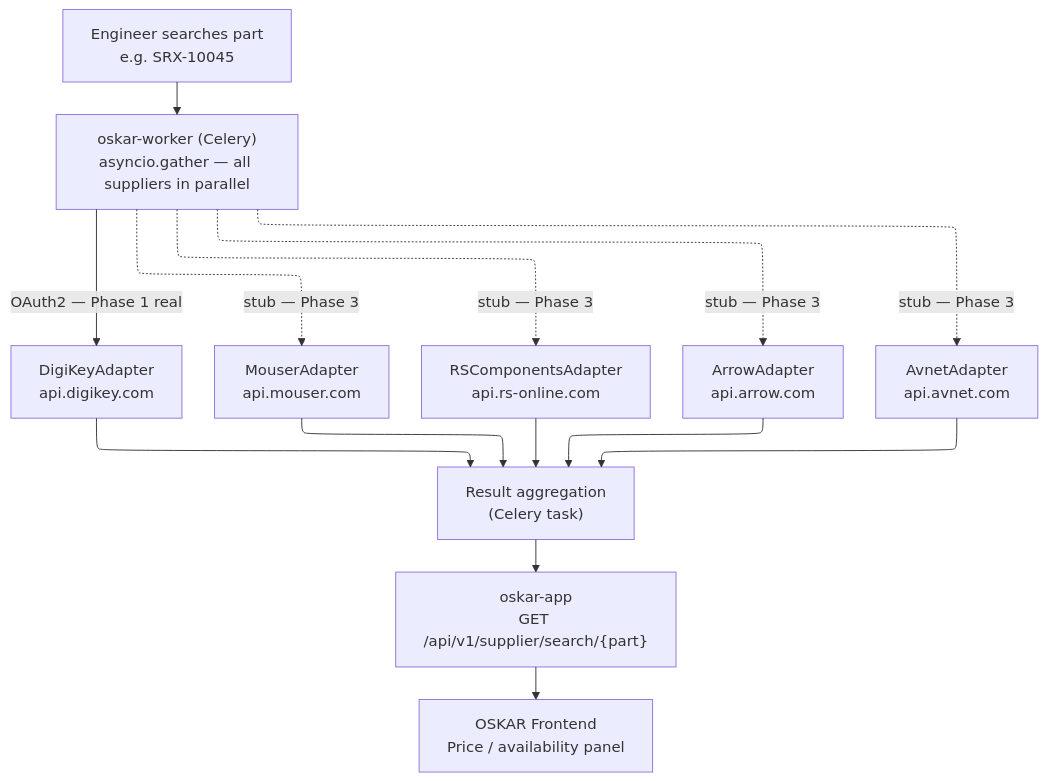
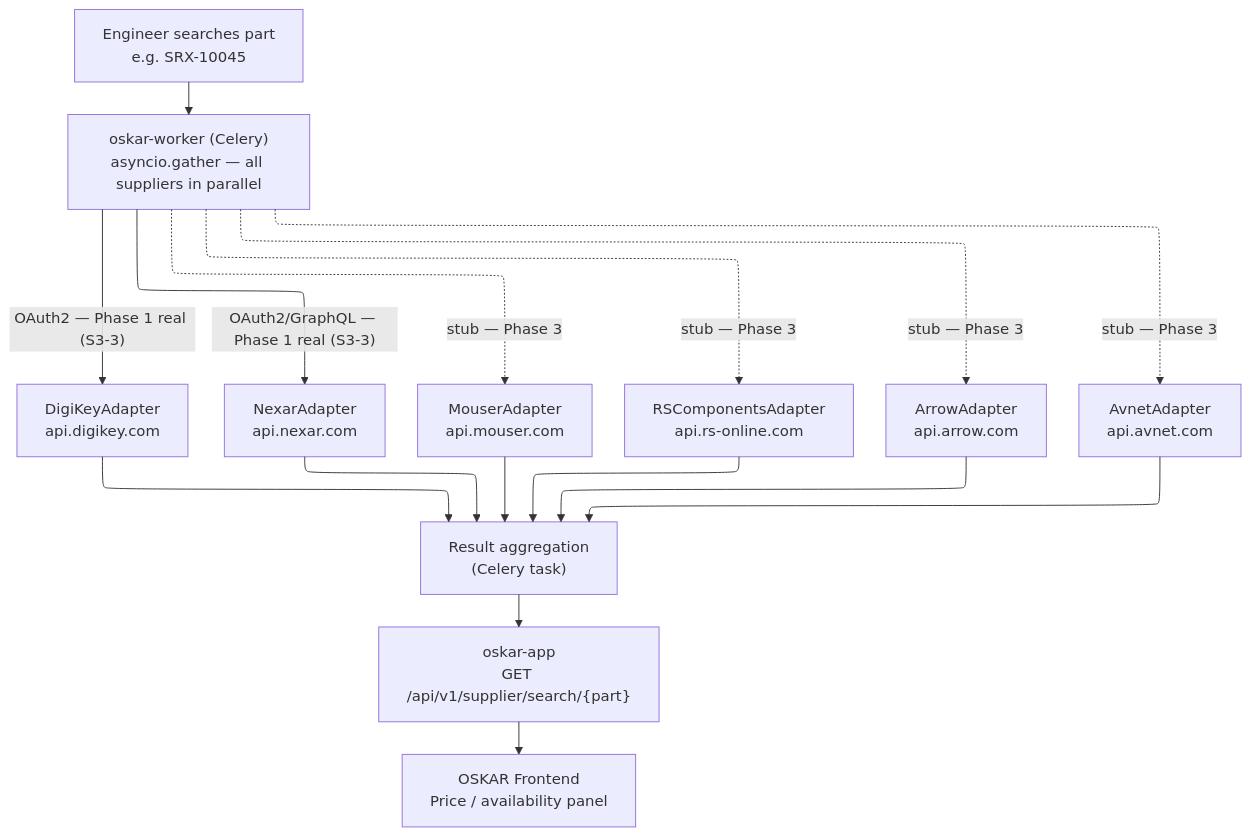
The seventh of 18 diagrams in ai/memory/03-oskar-architecture.md (hsalazar-srx/Oskar), drawn with Mermaid before and after one commit. The commit also changed other lines of this file and 12 other files, not shown here.

First line of the commit message:
feat(supplier): S3-3 stock code autofill — DigiKey → Nexar → Movex enrichment

````diff
--- a/ai/memory/03-oskar-architecture.md
+++ b/ai/memory/03-oskar-architecture.md
@@ -330,28 +332,30 @@
 ```mermaid
 ---
 config:
   theme: light
   layout: elk
   look: classic
 ---
 graph TB
   trigger["Engineer searches part<br/>e.g. SRX-10045"]
   worker["oskar-worker (Celery)<br/>asyncio.gather — all suppliers in parallel"]
 
   trigger --> worker
 
-  worker -->|"OAuth2 — Phase 1 real"| dk["DigiKeyAdapter<br/>api.digikey.com"]
+  worker -->|"OAuth2 — Phase 1 real (S3-3)"| dk["DigiKeyAdapter<br/>api.digikey.com"]
+  worker -->|"OAuth2/GraphQL — Phase 1 real (S3-3)"| nx["NexarAdapter<br/>api.nexar.com"]
   worker -.->|"stub — Phase 3"| mo["MouserAdapter<br/>api.mouser.com"]
   worker -.->|"stub — Phase 3"| rs["RSComponentsAdapter<br/>api.rs-online.com"]
   worker -.->|"stub — Phase 3"| ar["ArrowAdapter<br/>api.arrow.com"]
   worker -.->|"stub — Phase 3"| av["AvnetAdapter<br/>api.avnet.com"]
 
   dk --> agg["Result aggregation<br/>(Celery task)"]
+  nx --> agg
   mo --> agg
   rs --> agg
   ar --> agg
   av --> agg
 
   agg --> api["oskar-app<br/>GET /api/v1/supplier/search/{part}"]
   api --> frontend["OSKAR Frontend<br/>Price / availability panel"]
 ```
````
